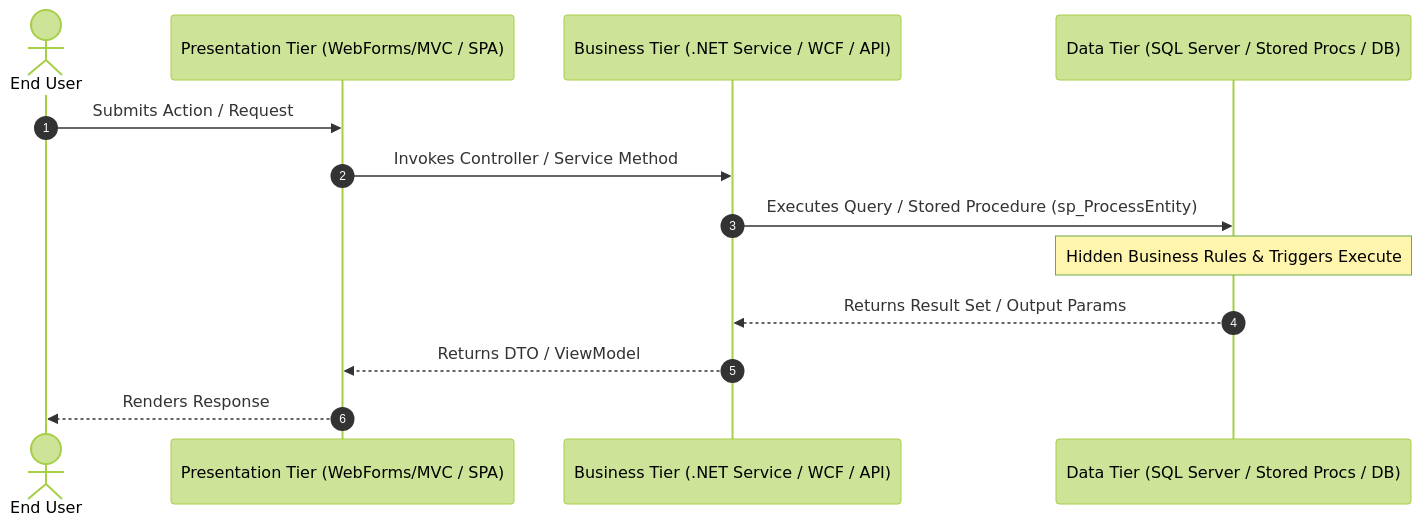
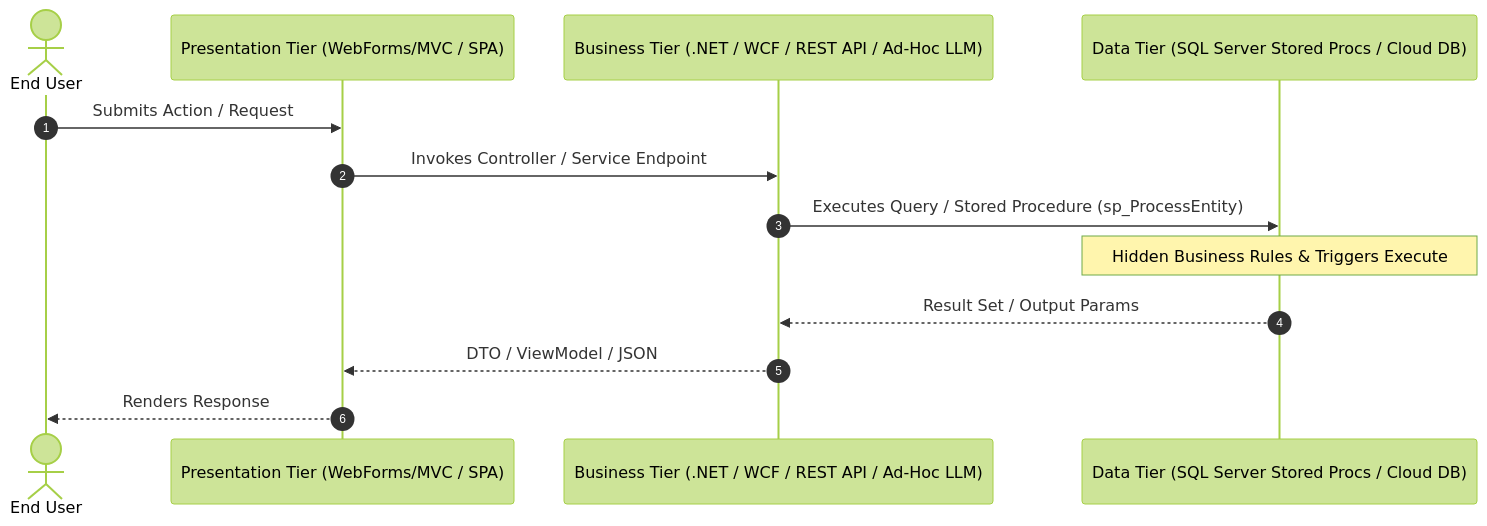
The diagram in _agents/skills/ai_sdlc/examples/specs/templates/baseline-template.md (pantana-na/ntt-kg), drawn with Mermaid (forest theme) before and after one commit. The commit also changed other lines of this file and 44 other files, not shown here.

````diff
--- a/_agents/skills/ai_sdlc/examples/specs/templates/baseline-template.md
+++ b/_agents/skills/ai_sdlc/examples/specs/templates/baseline-template.md
@@ -38,16 +47,16 @@
 ```mermaid
 sequenceDiagram
     autonumber
     actor User as End User
     participant UI as Presentation Tier (WebForms/MVC / SPA)
-    participant App as Business Tier (.NET Service / WCF / API)
-    participant DB as Data Tier (SQL Server / Stored Procs / DB)
+    participant App as Business Tier (.NET / WCF / REST API / Ad-Hoc LLM)
+    participant DB as Data Tier (SQL Server Stored Procs / Cloud DB)
 
     User->>UI: Submits Action / Request
-    UI->>App: Invokes Controller / Service Method
+    UI->>App: Invokes Controller / Service Endpoint
     App->>DB: Executes Query / Stored Procedure (sp_ProcessEntity)
     Note over DB: Hidden Business Rules & Triggers Execute
-    DB-->>App: Returns Result Set / Output Params
-    App-->>UI: Returns DTO / ViewModel
+    DB-->>App: Result Set / Output Params
+    App-->>UI: DTO / ViewModel / JSON
     UI-->>User: Renders Response
 ```
````
